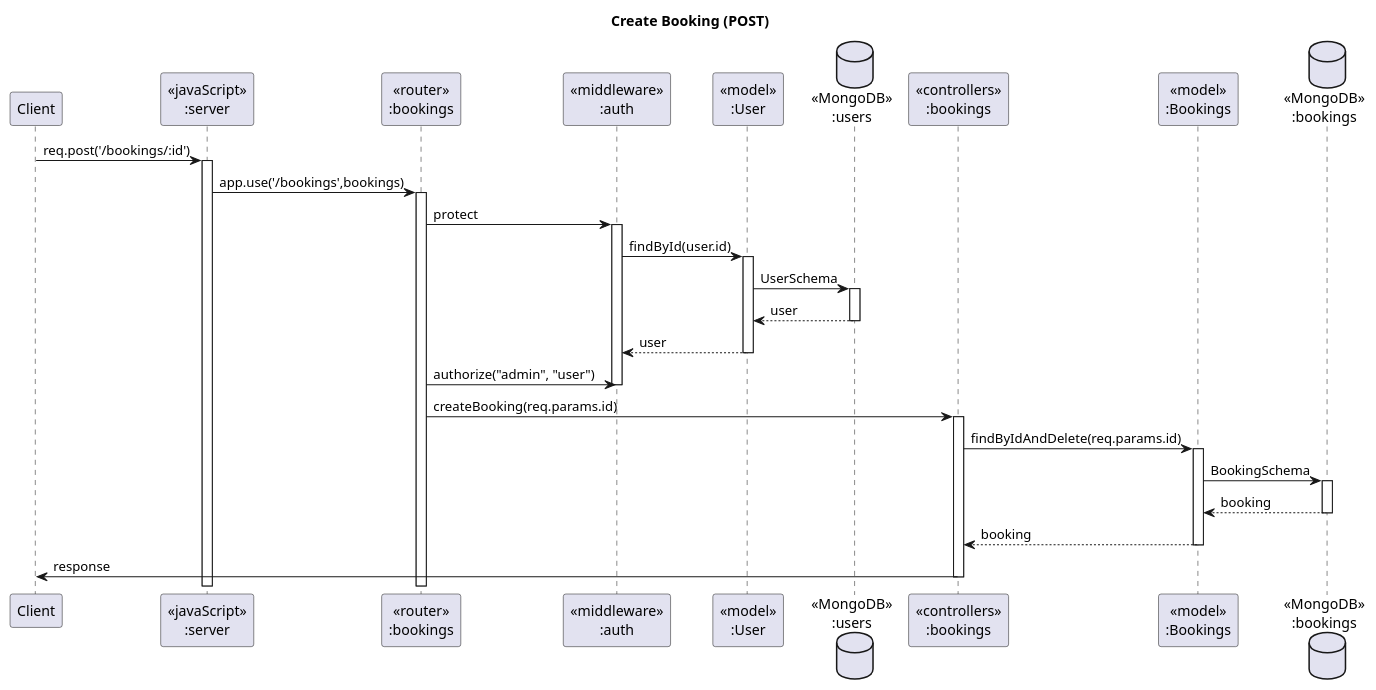
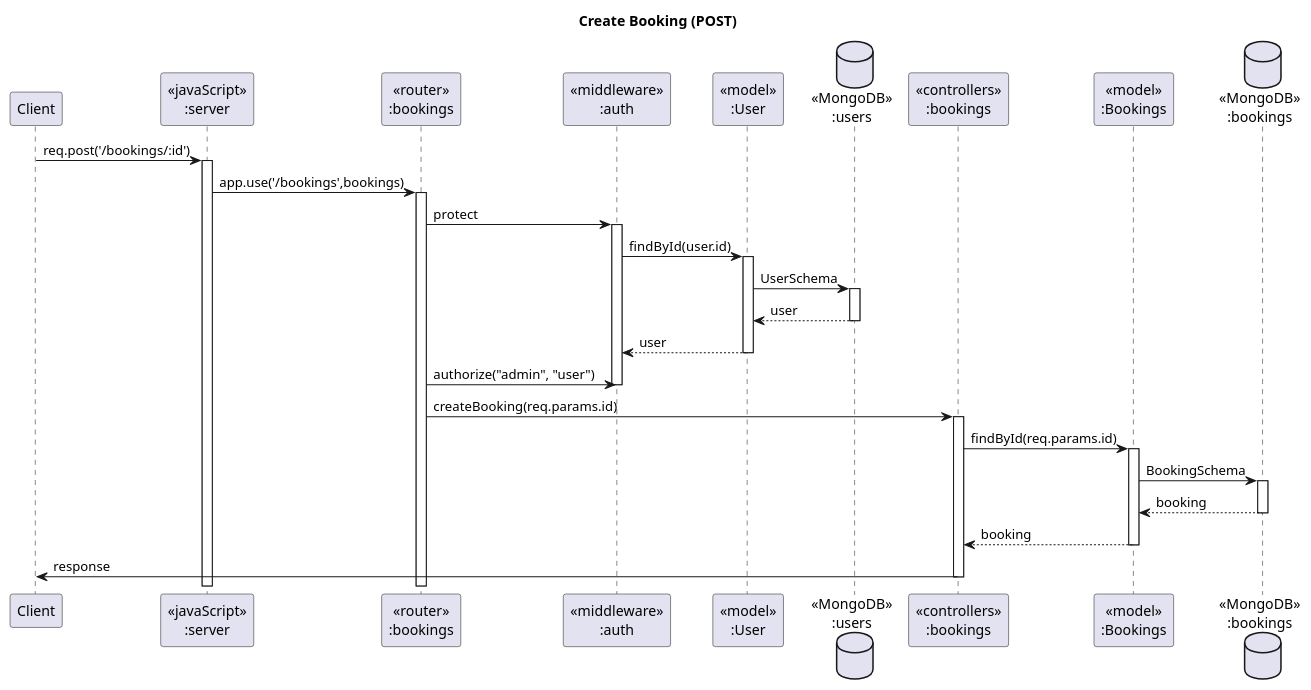
Before and after one commit to podesport/SWPrac-proj: the diagram in plant_uml/sequenceDiagrams/bookings/createBooking.puml, drawn with PlantUML. The commit also changed 7 other files, not shown here.

```diff
--- a/plant_uml/sequenceDiagrams/bookings/createBooking.puml
+++ b/plant_uml/sequenceDiagrams/bookings/createBooking.puml
@@ -1,35 +1,35 @@
 @startuml Create Booking
 
 ' header Hotel Registration Sequence Diagram
 title "Create Booking (POST)"
 
 participant "Client" as client
 participant "<<javaScript>>\n:server" as server
 participant "<<router>>\n:bookings" as routerBookings
 participant "<<middleware>>\n:auth" as middlewareAuth
 participant "<<model>>\n:User" as modelUser
 database "<<MongoDB>>\n:users" as UserDatabase
 participant "<<controllers>>\n:bookings" as controllersBooking
 participant "<<model>>\n:Bookings" as modelBooking
 database "<<MongoDB>>\n:bookings" as BookingDatabase
 
 client->server ++:req.post('/bookings/:id')
 server->routerBookings ++:app.use('/bookings',bookings)
 
 routerBookings -> middlewareAuth ++: protect
 middlewareAuth -> modelUser ++ : findById(user.id)
 modelUser -> UserDatabase ++: UserSchema
 UserDatabase --> modelUser --: user
 modelUser --> middlewareAuth: user
 deactivate modelUser
 routerBookings -> middlewareAuth: authorize("admin", "user")
 deactivate middlewareAuth
 
 routerBookings -> controllersBooking ++:createBooking(req.params.id)
-controllersBooking->modelBooking ++: findByIdAndDelete(req.params.id)
+controllersBooking->modelBooking ++: findById(req.params.id)
 modelBooking ->BookingDatabase ++: BookingSchema
 BookingDatabase --> modelBooking --: booking
 controllersBooking <-- modelBooking --: booking
 controllersBooking->client --:response
 
 @enduml
```
